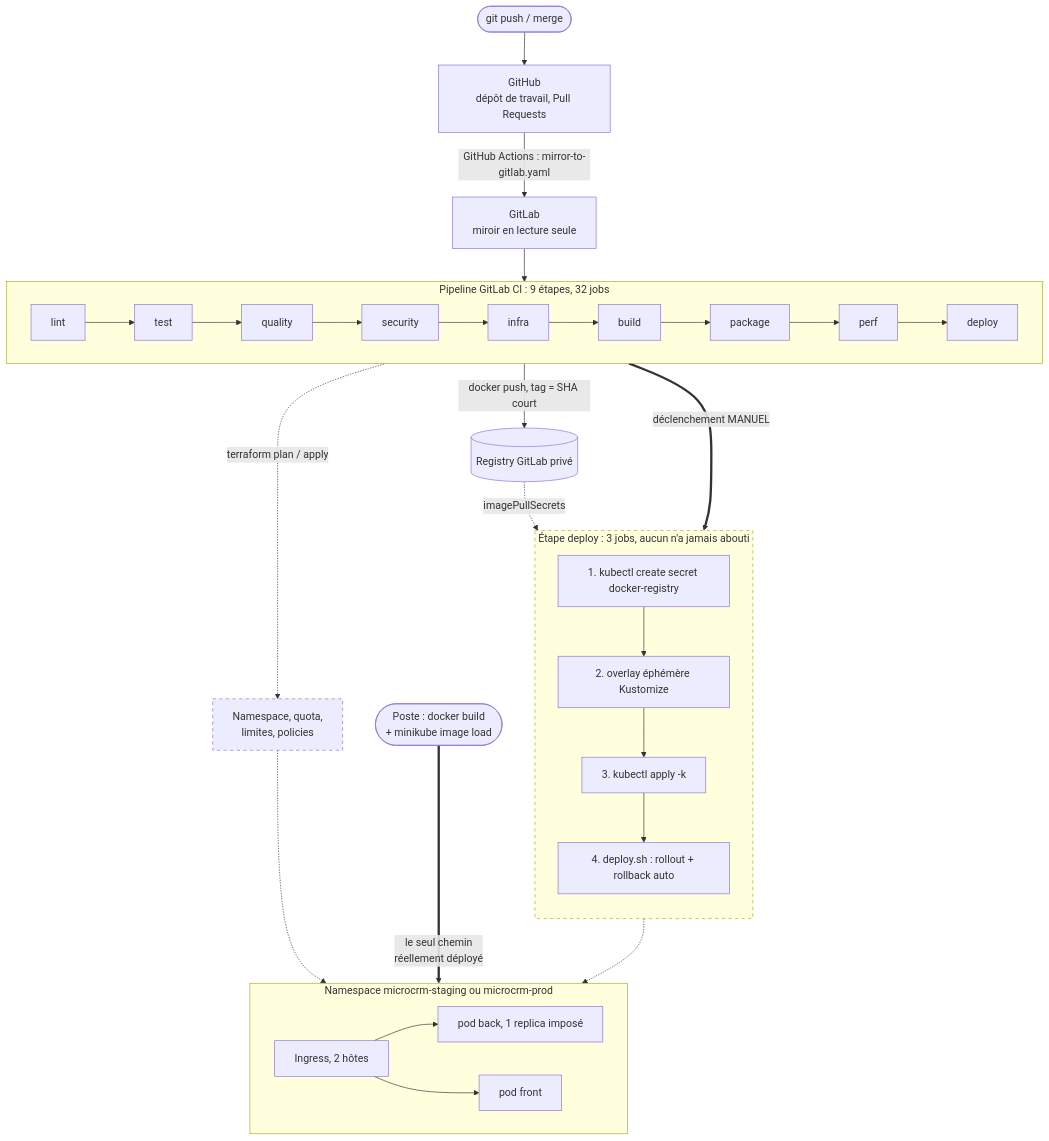
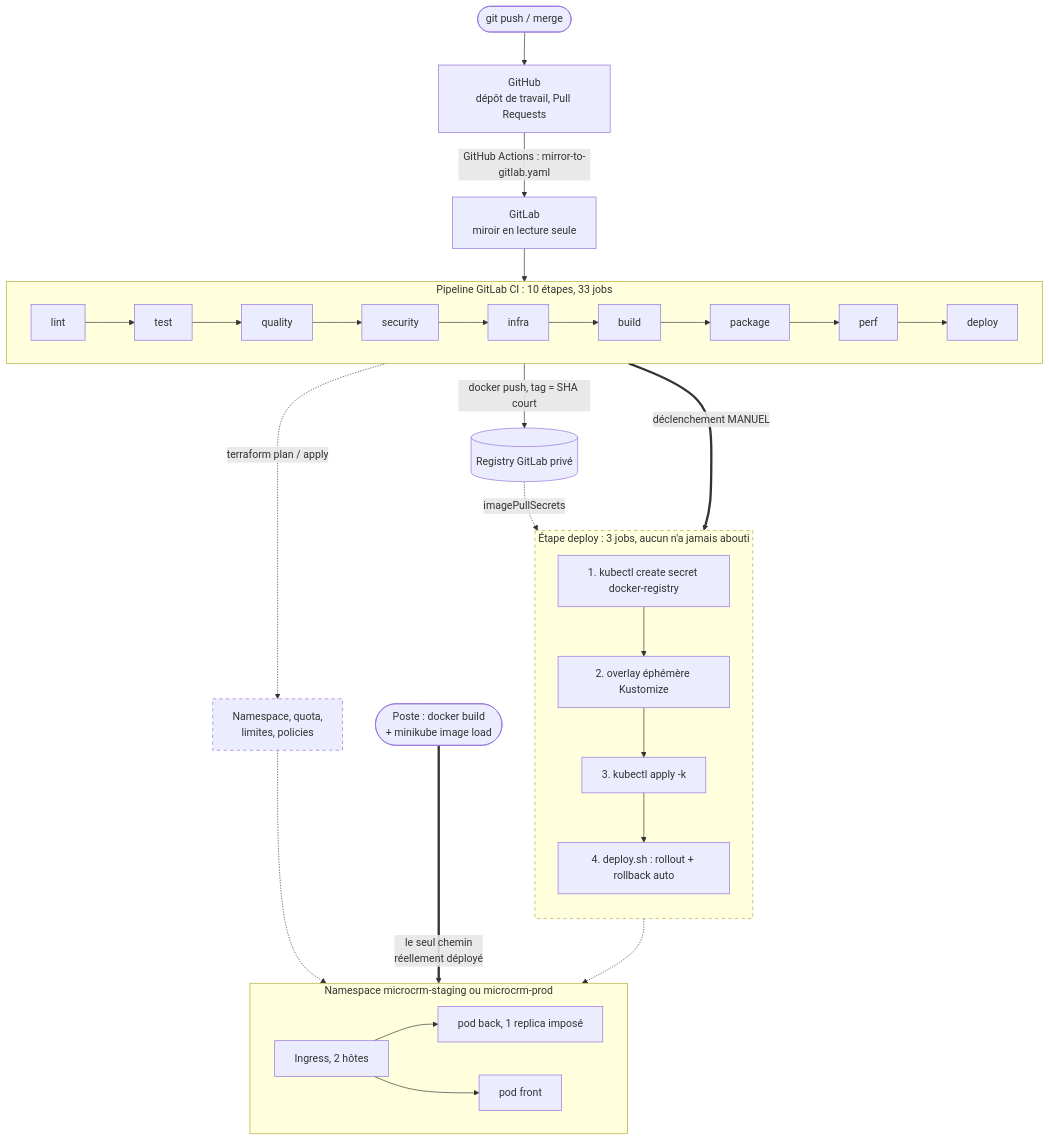
One commit to TedPasquiet/G-rez-le-cycle-de-vie-de-d-veloppement-logiciel changed the first of 2 diagrams in docs/documentation-infrastructure.md. Above: the diagram before and after it, drawn with Mermaid. The commit also changed other lines of this file and 22 other files, not shown here.

Commit message:
refactor(ci): découpe le pipeline en 13 fichiers et le passe en graphe

````diff
--- a/docs/documentation-infrastructure.md
+++ b/docs/documentation-infrastructure.md
@@ -66,35 +66,35 @@
 ```mermaid
 flowchart TB
     dev(["git push / merge"]) --> gh["GitHub<br/>dépôt de travail, Pull Requests"]
     gh -->|"GitHub Actions : mirror-to-gitlab.yaml"| gl["GitLab<br/>miroir en lecture seule"]
     gl --> pipe
-    subgraph pipe["Pipeline GitLab CI : 9 étapes, 32 jobs"]
+    subgraph pipe["Pipeline GitLab CI : 10 étapes, 33 jobs"]
         direction LR
         s1["lint"] --> s2["test"] --> s3["quality"] --> s4["security"] --> s5["infra"] --> s6["build"] --> s7["package"] --> s8["perf"] --> s9["deploy"]
     end
     s7 -->|"docker push, tag = SHA court"| reg[("Registry GitLab privé")]
     s5 -.->|"terraform plan / apply"| tf["Namespace, quota,<br/>limites, policies"]
     s9 == "déclenchement MANUEL" ==> jobs
     subgraph jobs["Étape deploy : 3 jobs, aucun n'a jamais abouti"]
         direction TB
         j1["1. kubectl create secret docker-registry"]
         j2["2. overlay éphémère Kustomize"]
         j3["3. kubectl apply -k"]
         j4["4. deploy.sh : rollout + rollback auto"]
         j1 --> j2 --> j3 --> j4
     end
     reg -.->|"imagePullSecrets"| j3
     tf -.-> ns
     j4 -.-> ns
     subgraph ns["Namespace microcrm-staging ou microcrm-prod"]
         direction LR
         ing["Ingress, 2 hôtes"]
         pb["pod back, 1 replica imposé"]
         pf["pod front"]
         ing --> pb
         ing --> pf
     end
     poste(["Poste : docker build<br/>+ minikube image load"]) ==>|"le seul chemin<br/>réellement déployé"| ns
     classDef jamais stroke-dasharray: 5 5;
     class jobs,tf jamais;
 ```
````
